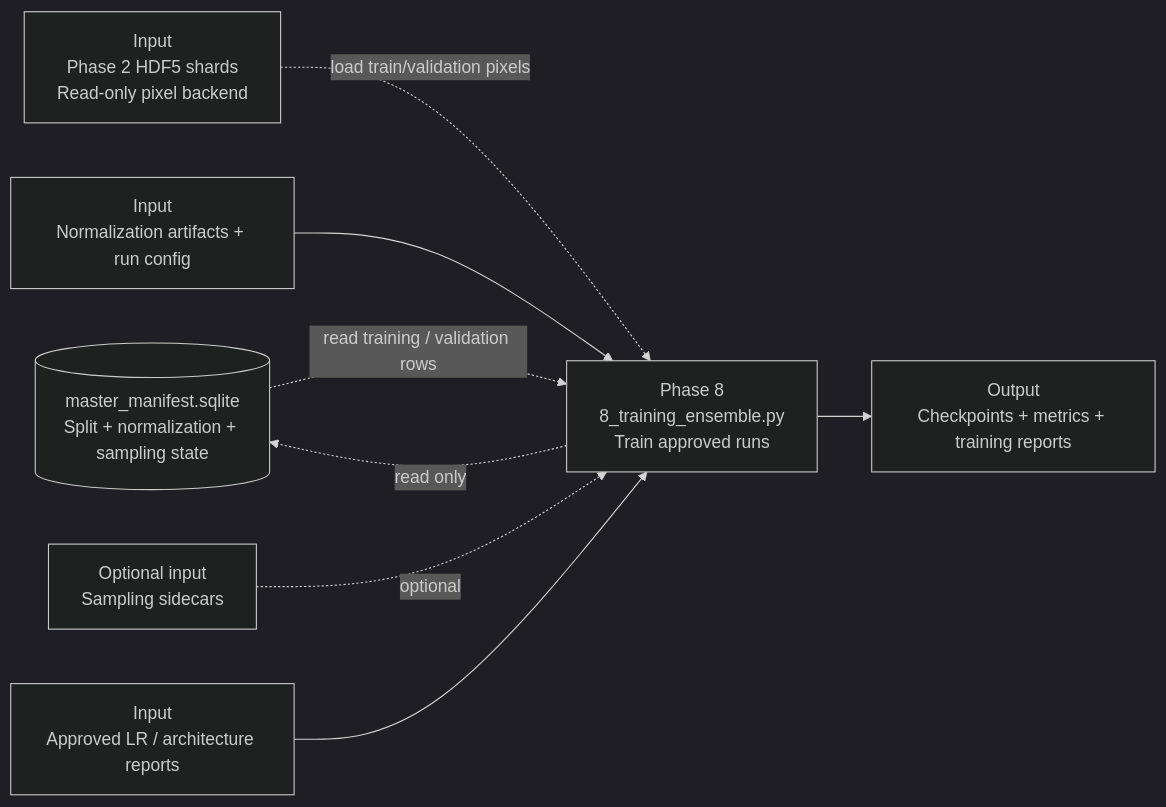
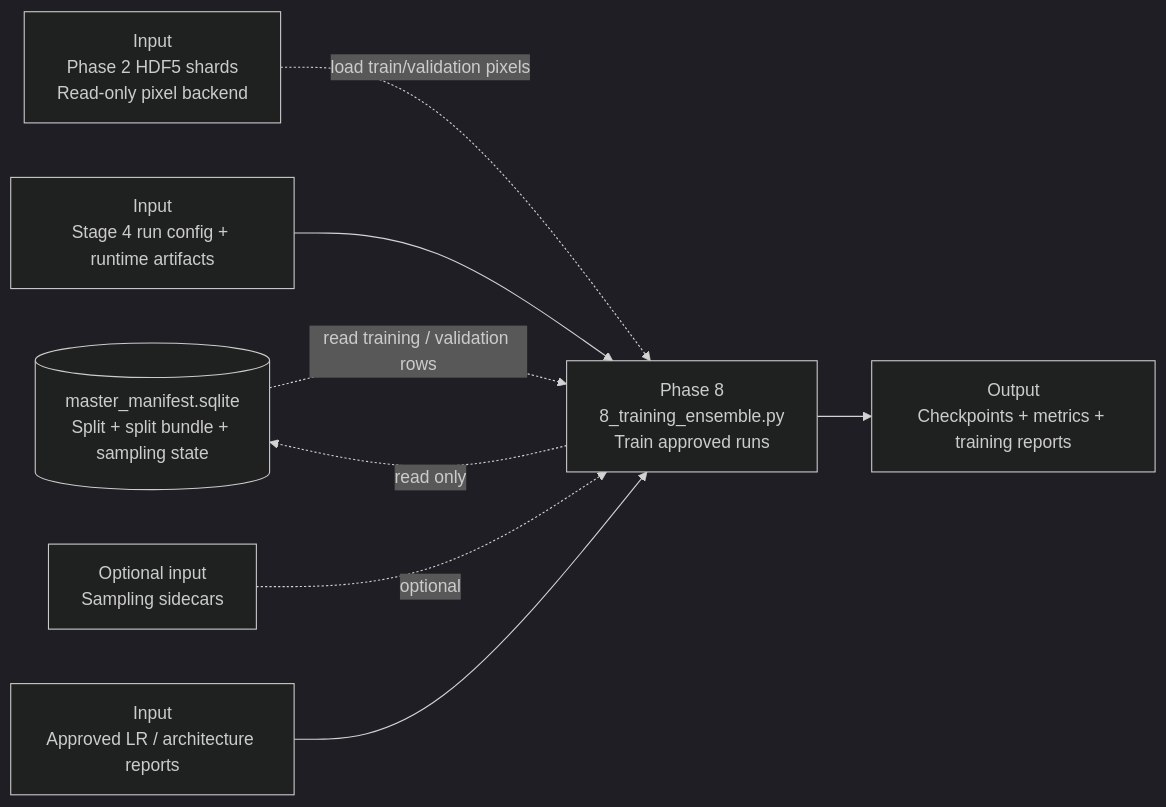
Before and after one commit to bhnunes/Master_Coding: the diagram in MERMAID/phase_8_training.mermaid, drawn with Mermaid (dark theme). The commit also changed 56 other files, not shown here.

First line of the commit message:
Add runtime normalization method handling and related tests

```diff
--- a/MERMAID/phase_8_training.mermaid
+++ b/MERMAID/phase_8_training.mermaid
@@ -1,16 +1,16 @@
 flowchart LR
-    manifest[(master_manifest.sqlite<br/>Split + normalization + sampling state)]
+    manifest[(master_manifest.sqlite<br/>Split + split bundle + sampling state)]
     shards[Input<br/>Phase 2 HDF5 shards<br/>Read-only pixel backend]
-    phase4_outputs[Input<br/>Normalization artifacts + run config]
+    phase4_outputs[Input<br/>Stage 4 run config + runtime artifacts]
     phase6_outputs[Optional input<br/>Sampling sidecars]
     phase7_outputs[Input<br/>Approved LR / architecture reports]
     p8[Phase 8<br/>8_training_ensemble.py<br/>Train approved runs]
     outputs[Output<br/>Checkpoints + metrics + training reports]
 
     manifest -. read training / validation rows .-> p8
     shards -. load train/validation pixels .-> p8
     phase4_outputs --> p8
     phase6_outputs -. optional .-> p8
     phase7_outputs --> p8
     p8 --> outputs
     p8 -. read only .-> manifest
```
